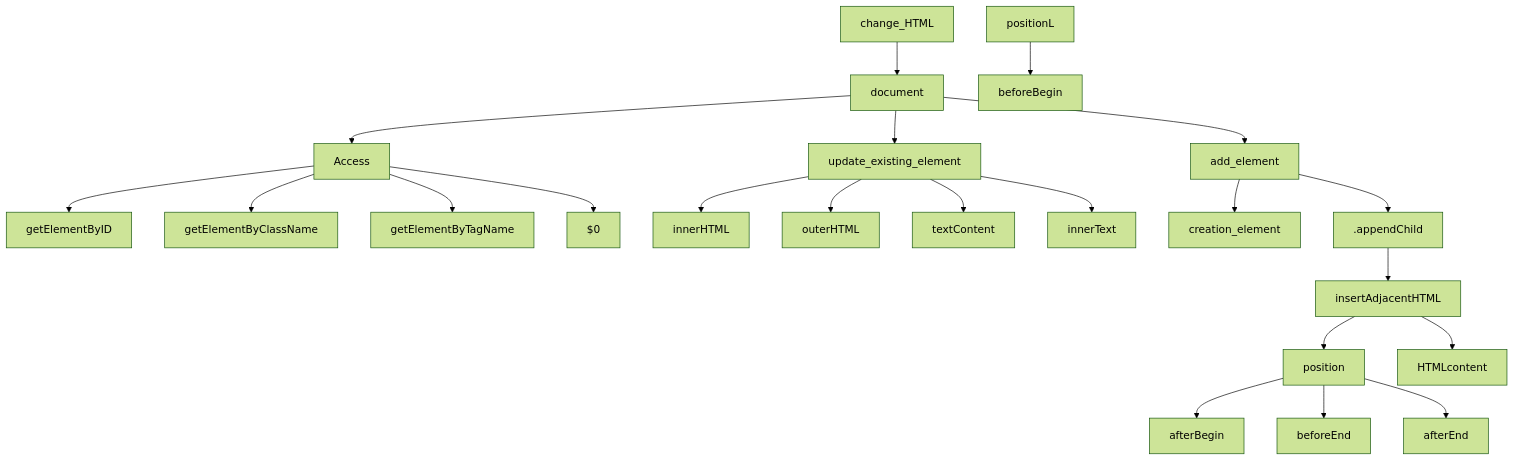
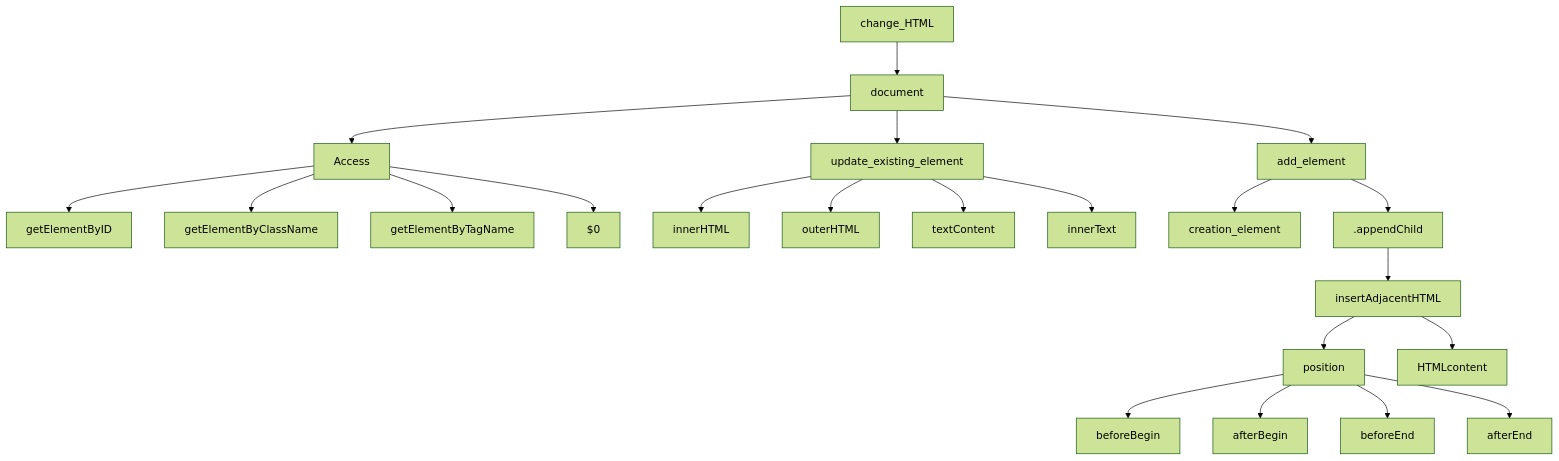
One commit to siddharthkumarrai/Javascript_guide changed the second of 2 diagrams in DOM.md. Above: the diagram before and after it, drawn with Mermaid (forest theme).

````diff
--- a/DOM.md
+++ b/DOM.md
@@ -29,27 +29,27 @@
 ```mermaid
 graph TB;
 
     change_HTML --> document;
     document --> Access;
     Access --> getElementByID;
     Access --> getElementByClassName;
     Access --> getElementByTagName;
     Access --> $0;
     document --> update_existing_element;
     update_existing_element --> innerHTML;
     update_existing_element --> outerHTML;
     update_existing_element --> textContent;
     update_existing_element --> innerText;
     document --> add_element;
     add_element --> creation_element;
     add_element --> .appendChild;
     .appendChild --> insertAdjacentHTML;
     insertAdjacentHTML --> position;
     insertAdjacentHTML --> HTMLcontent
-    positionL --> beforeBegin;
+    position --> beforeBegin;
     position --> afterBegin;
     position --> beforeEnd;
     position --> afterEnd;
 
 
 ```
````
